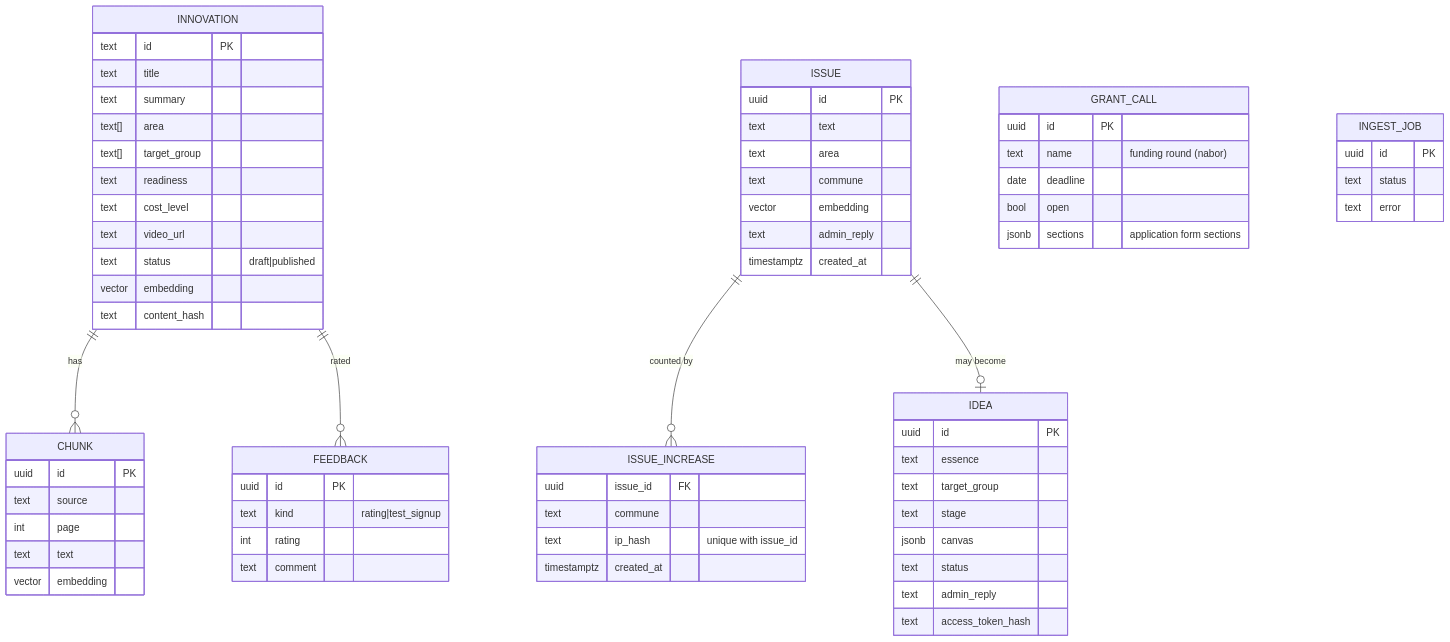
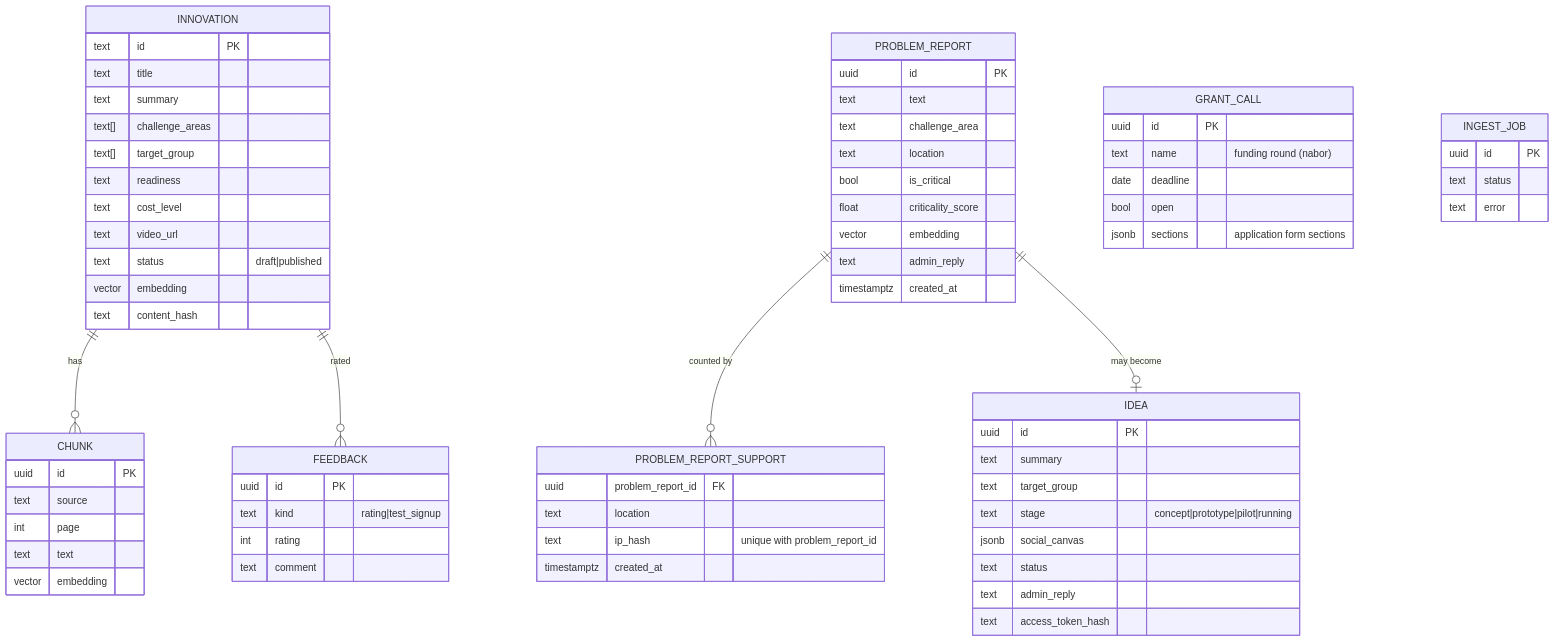
Before and after one commit to DziadBud/HackYeah2026: the fourth of 4 diagrams in documentation/backend/architecture.md, drawn with Mermaid. The commit also changed other lines of this file and 39 other files, not shown here.

````diff
--- a/documentation/backend/architecture.md
+++ b/documentation/backend/architecture.md
@@ -129,70 +132,72 @@
 ```mermaid
 erDiagram
     INNOVATION ||--o{ CHUNK : has
-    ISSUE ||--o{ ISSUE_INCREASE : "counted by"
-    ISSUE ||--o| IDEA : "may become"
+    PROBLEM_REPORT ||--o{ PROBLEM_REPORT_SUPPORT : "counted by"
+    PROBLEM_REPORT ||--o| IDEA : "may become"
     INNOVATION ||--o{ FEEDBACK : rated
     INNOVATION {
         text id PK
         text title
         text summary
-        text[] area
+        text[] challenge_areas
         text[] target_group
         text readiness
         text cost_level
         text video_url
         text status "draft|published"
         vector embedding
         text content_hash
     }
     CHUNK {
         uuid id PK
         text source
         int page
         text text
         vector embedding
     }
-    ISSUE {
+    PROBLEM_REPORT {
         uuid id PK
         text text
-        text area
-        text commune
+        text challenge_area
+        text location
+        bool is_critical
+        float criticality_score
         vector embedding
         text admin_reply
         timestamptz created_at
     }
-    ISSUE_INCREASE {
-        uuid issue_id FK
-        text commune
-        text ip_hash "unique with issue_id"
+    PROBLEM_REPORT_SUPPORT {
+        uuid problem_report_id FK
+        text location
+        text ip_hash "unique with problem_report_id"
         timestamptz created_at
     }
     IDEA {
         uuid id PK
-        text essence
+        text summary
         text target_group
-        text stage
-        jsonb canvas
+        text stage "concept|prototype|pilot|running"
+        jsonb social_canvas
         text status
         text admin_reply
         text access_token_hash
     }
     FEEDBACK {
         uuid id PK
         text kind "rating|test_signup"
         int rating
         text comment
     }
     GRANT_CALL {
         uuid id PK
         text name "funding round (nabor)"
         date deadline
         bool open
         jsonb sections "application form sections"
     }
     INGEST_JOB {
         uuid id PK
         text status
         text error
     }
 ```
````
